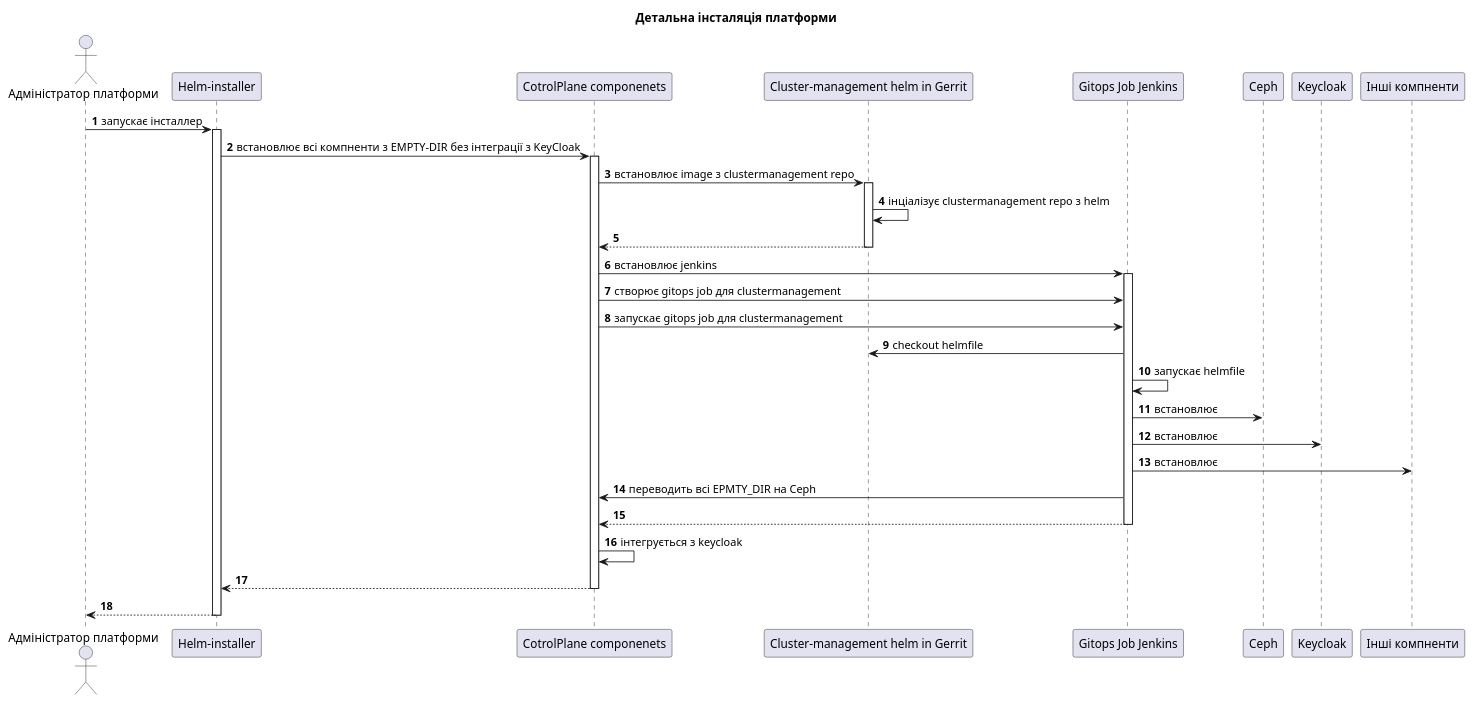
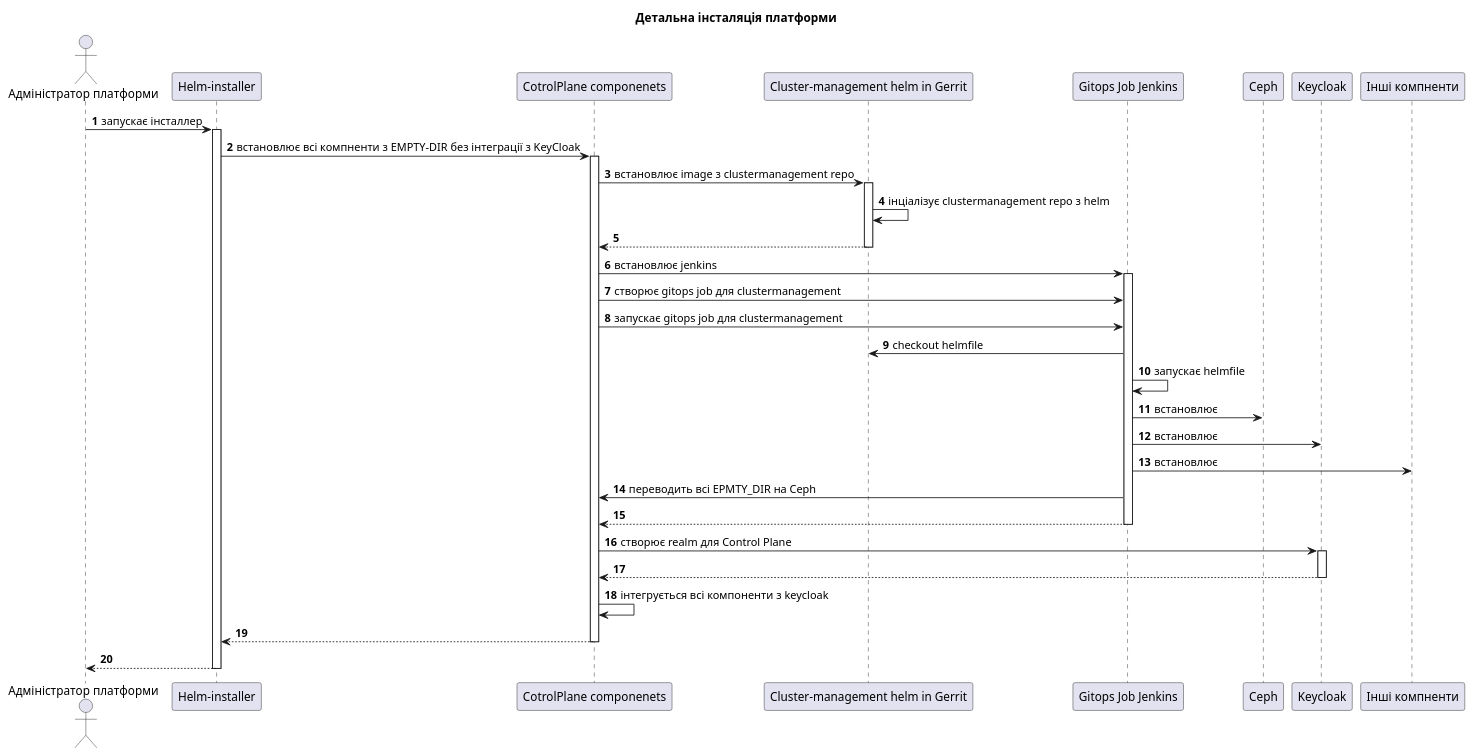
Before and after one commit to epam/edp-ddm-architecture: the diagram in infrastructure/ddm-control-plane-installation-details.puml, drawn with PlantUML.

Commit message:
[MDTUDDM-0000] Інсталяція платформи (додані деталі по створенню KeyCloak для realm)

```diff
--- a/infrastructure/ddm-control-plane-installation-details.puml
+++ b/infrastructure/ddm-control-plane-installation-details.puml
@@ -1,40 +1,43 @@
 @startuml
 actor "Адміністратор платформи" as admin  order 10
 participant "Helm-installer" as installer  order 20
 participant "CotrolPlane componenets" as cp  order 30
 participant "Cluster-management helm in Gerrit" as gerrit  order 40
 participant "Gitops Job Jenkins" as jenkins  order 50
 participant "Ceph" as ceph  order 60
 participant "Keycloak" as keycloak  order 70
 participant "Інші компненти" as other  order 80
 
 title Детальна інсталяція платформи
 autonumber
 
 admin -> installer: запускає інсталлер
 activate installer
   installer -> cp: встановлює всі компненти з EMPTY-DIR без інтеграції з KeyCloak
   activate cp
     cp -> gerrit: встановлює image з clustermanagement repo
     activate gerrit
       gerrit -> gerrit: інціалізує clustermanagement repo з helm
     return
     cp -> jenkins: встановлює jenkins
     activate jenkins
       cp -> jenkins: створює gitops job для clustermanagement
       cp -> jenkins: запускає gitops job для clustermanagement
       jenkins -> gerrit: checkout helmfile
       jenkins -> jenkins: запускає helmfile
       jenkins -> ceph: встановлює
       jenkins -> keycloak: встановлює
       jenkins -> other: встановлює
       jenkins -> cp: переводить всі EPMTY_DIR на Ceph
     return
-    cp -> cp: інтегрується з keycloak
+    cp -> keycloak: створює realm для Control Plane
+    activate keycloak
+    return
+    cp -> cp: інтегрується всі компоненти з keycloak
 
    return
 return
 
 
 
 @enduml
```
